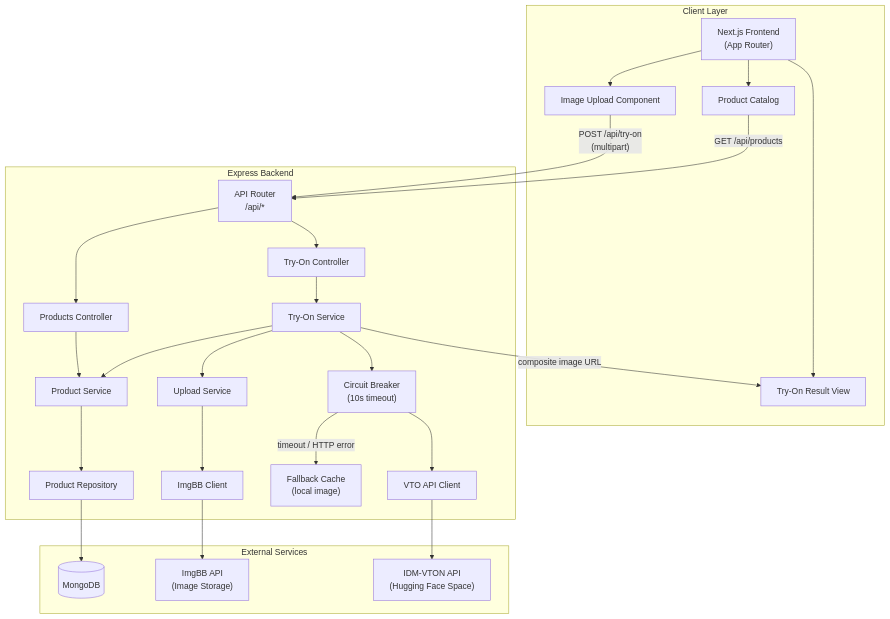
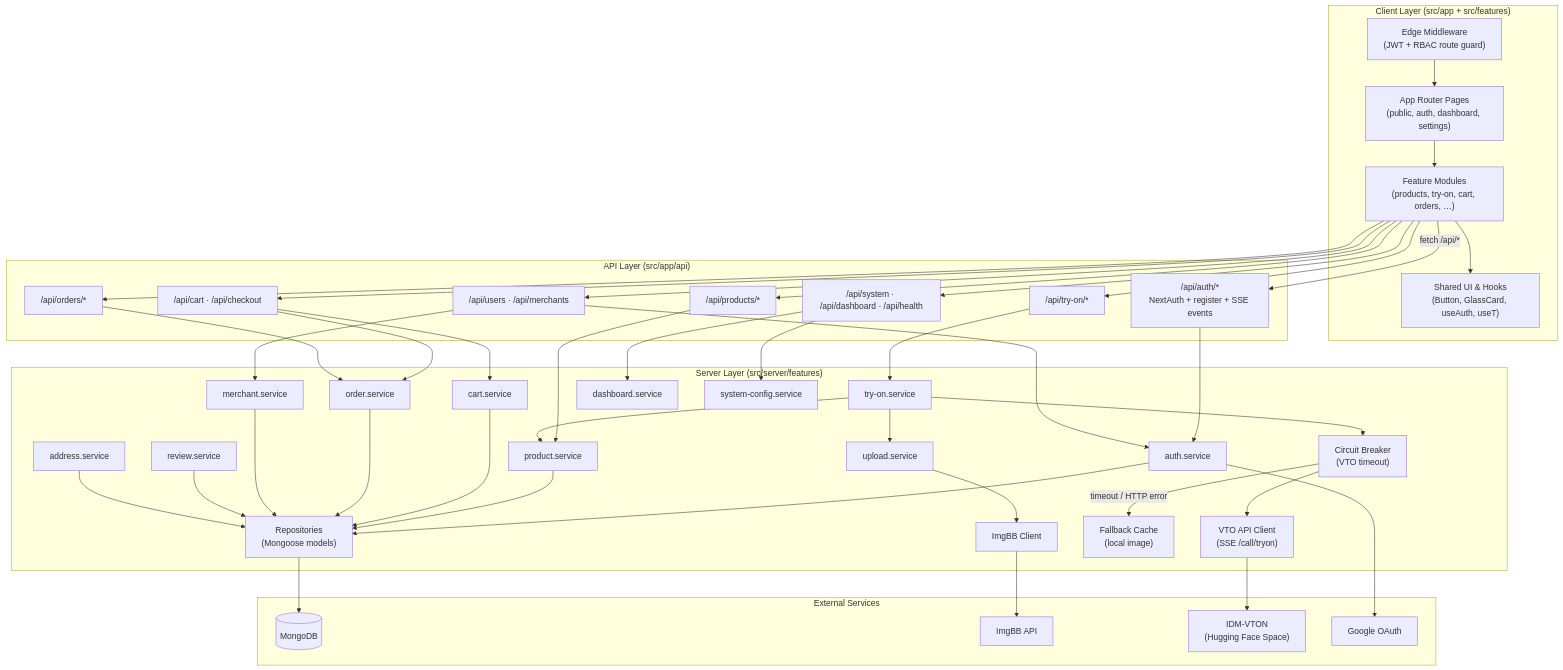
The diagram in docs/diagrams/component-diagram.md (bijoy-chandra-roy/try-me), drawn with Mermaid before and after one commit. The commit also changed other lines of this file and 10 other files, not shown here.

First line of the commit message:
Update documentation and diagrams for enhanced clarity and structure

````diff
--- a/docs/diagrams/component-diagram.md
+++ b/docs/diagrams/component-diagram.md
@@ -5,50 +5,83 @@
 ```mermaid
 graph TB
-    subgraph Client["Client Layer"]
-        UI["Next.js Frontend<br/>(App Router)"]
-        Upload["Image Upload Component"]
-        Catalog["Product Catalog"]
-        Result["Try-On Result View"]
+    subgraph Client["Client Layer (src/app + src/features)"]
+        Pages["App Router Pages<br/>(public, auth, dashboard, settings)"]
+        Features["Feature Modules<br/>(products, try-on, cart, orders, …)"]
+        SharedUI["Shared UI & Hooks<br/>(Button, GlassCard, useAuth, useT)"]
+        Middleware["Edge Middleware<br/>(JWT + RBAC route guard)"]
     end
 
-    subgraph Server["Express Backend"]
-        API["API Router<br/>/api/*"]
-        ProductsCtrl["Products Controller"]
-        TryOnCtrl["Try-On Controller"]
-        ProductSvc["Product Service"]
-        TryOnSvc["Try-On Service"]
-        UploadSvc["Upload Service"]
-        CB["Circuit Breaker<br/>(10s timeout)"]
-        VTOClient["VTO API Client"]
+    subgraph API["API Layer (src/app/api)"]
+        AuthRoutes["/api/auth/*<br/>NextAuth + register + SSE events"]
+        ProductRoutes["/api/products/*"]
+        TryOnRoutes["/api/try-on/*"]
+        CartRoutes["/api/cart · /api/checkout"]
+        OrderRoutes["/api/orders/*"]
+        UserRoutes["/api/users · /api/merchants"]
+        SystemRoutes["/api/system · /api/dashboard · /api/health"]
+    end
+
+    subgraph Server["Server Layer (src/server/features)"]
+        AuthSvc["auth.service"]
+        ProductSvc["product.service"]
+        TryOnSvc["try-on.service"]
+        CartSvc["cart.service"]
+        OrderSvc["order.service"]
+        MerchantSvc["merchant.service"]
+        ReviewSvc["review.service"]
+        AddressSvc["address.service"]
+        UploadSvc["upload.service"]
+        DashboardSvc["dashboard.service"]
+        SystemSvc["system-config.service"]
+        CB["Circuit Breaker<br/>(VTO timeout)"]
+        VTOClient["VTO API Client<br/>(SSE /call/tryon)"]
         ImgBBClient["ImgBB Client"]
         Fallback["Fallback Cache<br/>(local image)"]
-        ProductRepo["Product Repository"]
+        Repos["Repositories<br/>(Mongoose models)"]
     end
 
     subgraph External["External Services"]
         MongoDB[("MongoDB")]
-        ImgBB["ImgBB API<br/>(Image Storage)"]
-        VTO["IDM-VTON API<br/>(Hugging Face Space)"]
+        ImgBB["ImgBB API"]
+        VTO["IDM-VTON<br/>(Hugging Face Space)"]
+        Google["Google OAuth"]
     end
 
-    UI --> Upload
-    UI --> Catalog
-    UI --> Result
+    Pages --> Features
+    Features --> SharedUI
+    Middleware --> Pages
 
-    Upload -->|"POST /api/try-on<br/>(multipart)"| API
-    Catalog -->|"GET /api/products"| API
+    Features -->|"fetch /api/*"| AuthRoutes
+    Features --> ProductRoutes
+    Features --> TryOnRoutes
+    Features --> CartRoutes
+    Features --> OrderRoutes
+    Features --> UserRoutes
+    Features --> SystemRoutes
 
-    API --> ProductsCtrl
-    API --> TryOnCtrl
+    AuthRoutes --> AuthSvc
+    ProductRoutes --> ProductSvc
+    TryOnRoutes --> TryOnSvc
+    CartRoutes --> CartSvc
+    CartRoutes --> OrderSvc
+    OrderRoutes --> OrderSvc
+    UserRoutes --> AuthSvc
+    UserRoutes --> MerchantSvc
+    SystemRoutes --> DashboardSvc
+    SystemRoutes --> SystemSvc
 
-    ProductsCtrl --> ProductSvc
-    ProductSvc --> ProductRepo
-    ProductRepo --> MongoDB
-
-    TryOnCtrl --> TryOnSvc
+    AuthSvc --> Repos
+    ProductSvc --> Repos
     TryOnSvc --> UploadSvc
     TryOnSvc --> ProductSvc
     TryOnSvc --> CB
+    CartSvc --> Repos
+    OrderSvc --> Repos
+    MerchantSvc --> Repos
+    ReviewSvc --> Repos
+    AddressSvc --> Repos
+
+    Repos --> MongoDB
 
     UploadSvc --> ImgBBClient
     ImgBBClient --> ImgBB
@@ -57,5 +90,5 @@
     CB -->|"timeout / HTTP error"| Fallback
     VTOClient --> VTO
 
-    TryOnSvc -->|"composite image URL"| Result
+    AuthSvc --> Google
 ```
````
